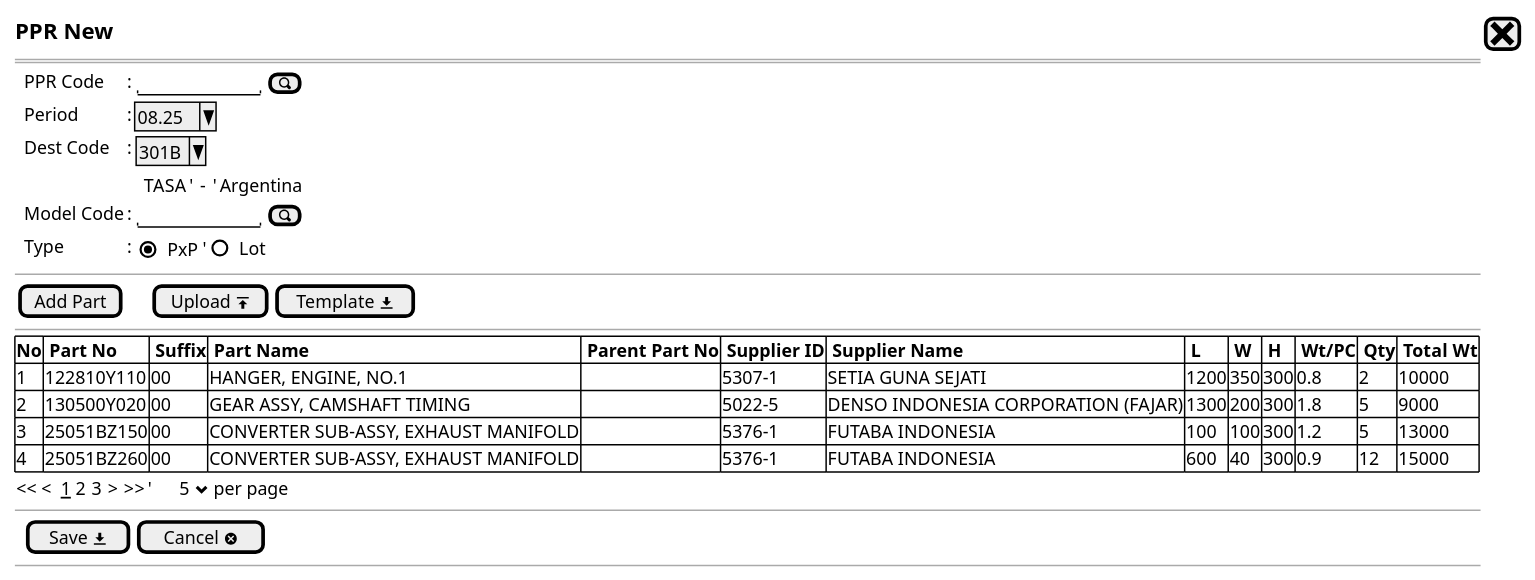
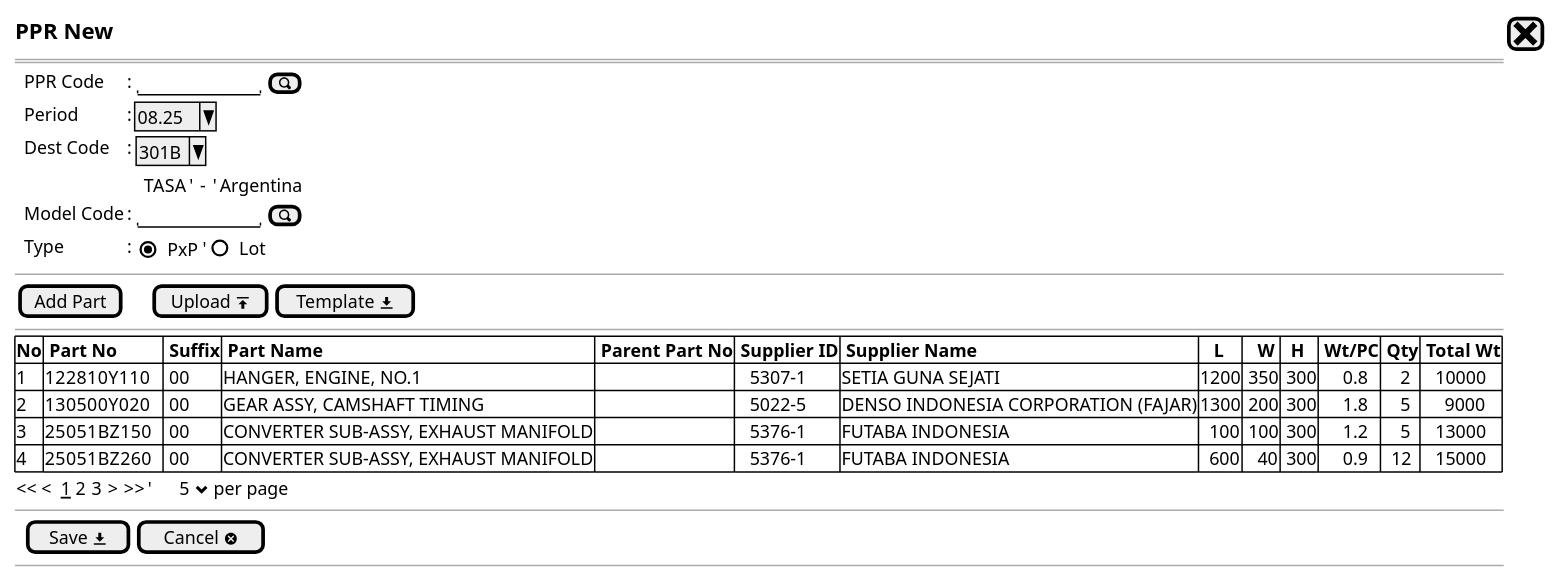
The diagram in PPR/PPR - newstep1.puml (ari-fikri/packing-cost-mockup), drawn with PlantUML before and after one commit. The commit also changed 1 other file, not shown here.

```diff
--- a/PPR/PPR - newstep1.puml
+++ b/PPR/PPR - newstep1.puml
@@ -1,37 +1,37 @@
 @startsalt
 {
   <size:15><b>PPR New|[<size:25><&x>]|*
   ==
   {
     .|PPR Code          |: {|"          "|[<&magnifying-glass>]|}*
     .|Period            |: |^08.25^|*    
     .|Dest Code         |: {|^301B^| }*
       .|.|.|{
       .| TASA |' -  '| Argentina | *
       }
     .|Model Code        |: {"          "|[<&magnifying-glass>]|}*
     .|Type              |: {|    {(X)PxP}        '|   ()Lot}
   }
   --
   {
     |[Add Part] |.|.|.|[Upload <&data-transfer-upload>]| [Template <&data-transfer-download>]|* 
   }
   --
   {#
-    |<b>No|<b> Part No |<b> Suffix |<b> Part Name                        | <b> Parent Part No |<b> Supplier ID |<b> Supplier Name                     |<b> L |<b> W |<b> H |<b> Wt/PC |<b> Qty |<b> Total Wt |*
-    |1|122810Y110   | 00       |HANGER, ENGINE, NO.1	               |            .       |5307-1          | SETIA GUNA SEJATI                    | 1200 | 350  | 300  | 0.8      | 2      | 10000       |*
-    |2|130500Y020   | 00       |GEAR ASSY, CAMSHAFT TIMING	         |            .       |5022-5          | DENSO INDONESIA CORPORATION (FAJAR)  | 1300 | 200  | 300  | 1.8      | 5      | 9000        |* 
-    |3|25051BZ150   | 00       |CONVERTER SUB-ASSY, EXHAUST MANIFOLD |            .       |5376-1          | FUTABA INDONESIA                     | 100  | 100  | 300  | 1.2      | 5      | 13000       |*
-    |4|25051BZ260   | 00       |CONVERTER SUB-ASSY, EXHAUST MANIFOLD |            .       |5376-1          | FUTABA INDONESIA                     |  600 | 40   | 300  | 0.9      | 12     | 15000       |*
+    |<b>No|<b> Part No |<b> Suffix |<b> Part Name                    | <b> Parent Part No |<b> Supplier ID |<b> Supplier Name                     |<b>   L |<b>   W |<b>  H |<b> Wt/PC |<b> Qty |<b> Total Wt |*
+    |1|122810Y110   |  00       |HANGER, ENGINE, NO.1	               |            .       |   5307-1          | SETIA GUNA SEJATI                    | 1200 | 350  | 300|     0.8   |     2      |    10000       |*
+    |2|130500Y020   |  00       |GEAR ASSY, CAMSHAFT TIMING	         |            .       |   5022-5          | DENSO INDONESIA CORPORATION (FAJAR)  | 1300 | 200  | 300|     1.8   |     5      |      9000      |* 
+    |3|25051BZ150   |  00       |CONVERTER SUB-ASSY, EXHAUST MANIFOLD |            .       |   5376-1          | FUTABA INDONESIA                     |   100| 100  | 300|     1.2   |     5      |    13000       |*
+    |4|25051BZ260   |  00       |CONVERTER SUB-ASSY, EXHAUST MANIFOLD |            .       |   5376-1          | FUTABA INDONESIA                     |   600|   40 | 300|     0.9   |   12       |    15000       |*
   } 
   .
   {
   << <  __1__ 2 3  > >>  |'      5 <&chevron-bottom> per page |*
   }
   --
   {
   .|[ Save <&data-transfer-download>] |  [Cancel <&circle-x> ]|*
   }
   --
 }
 @endsalt
```
